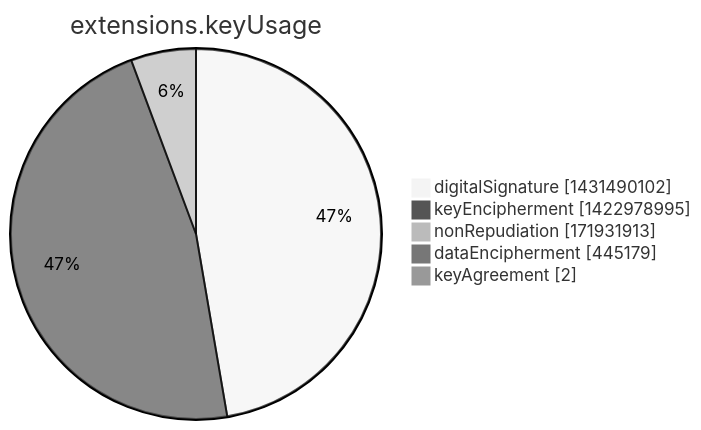
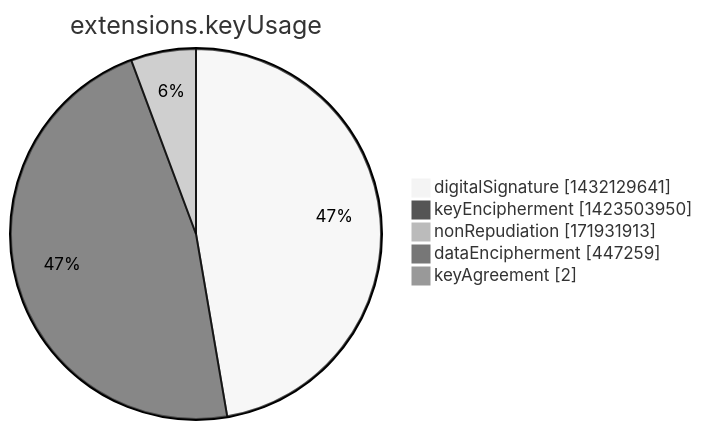
Before and after one commit to christiankrug/ctmonitor_visualization: the seventh of 15 diagrams in argon2022/README.md, drawn with Mermaid (neutral theme). The commit also changed other lines of this file, not shown here.

````diff
--- a/argon2022/README.md
+++ b/argon2022/README.md
@@ -2751,9 +2751,9 @@
 ```mermaid
 pie showData
 title extensions.keyUsage
-"digitalSignature" :1431490102
-"keyEncipherment" :1422978995
+"digitalSignature" :1432129641
+"keyEncipherment" :1423503950
 "nonRepudiation" :171931913
-"dataEncipherment" :445179
+"dataEncipherment" :447259
 "keyAgreement" :2
 ```
````
